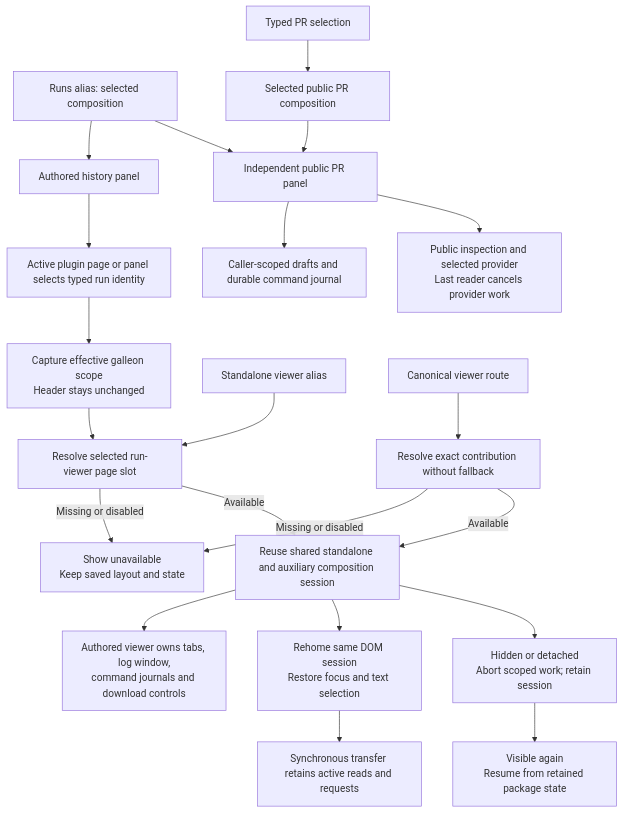
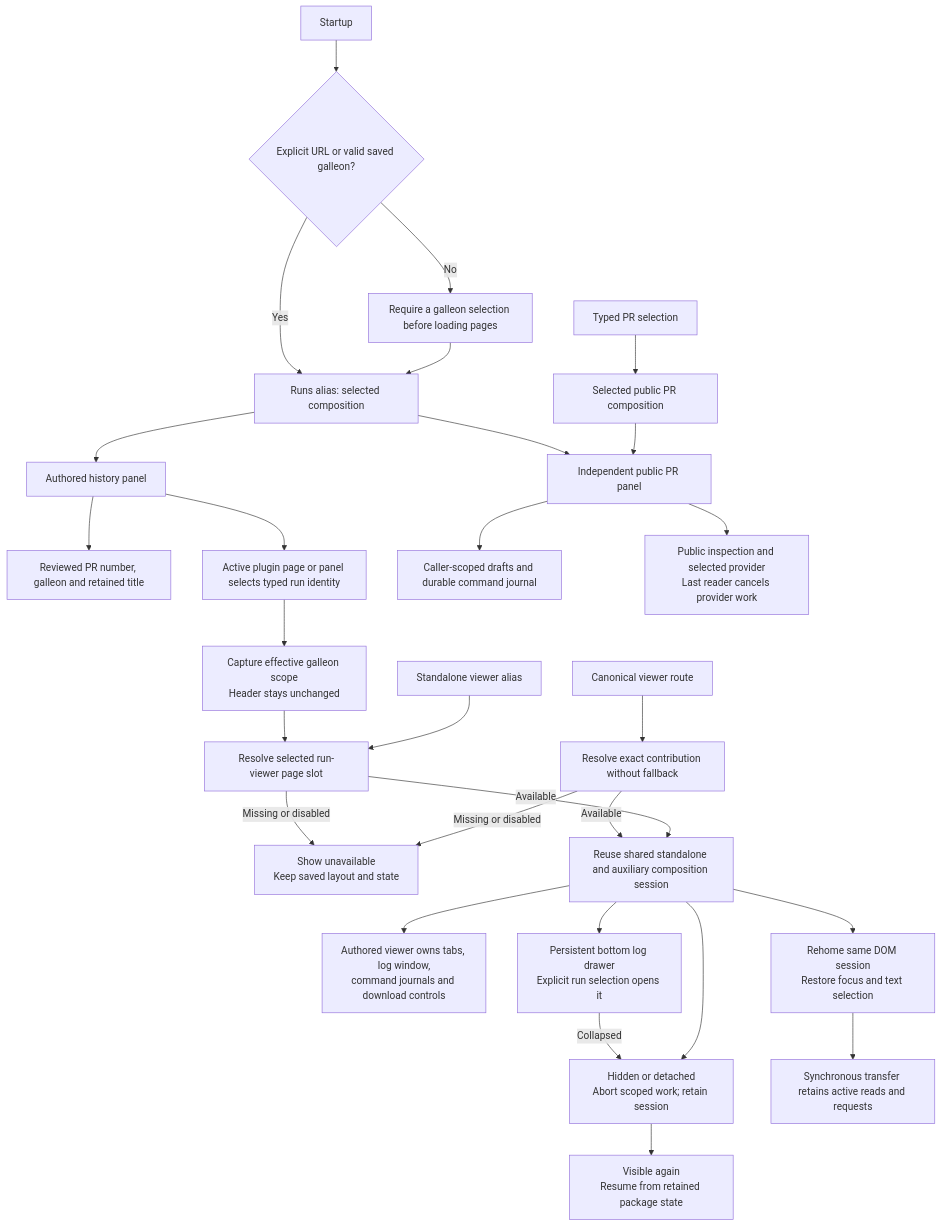
The ninth of 31 diagrams in docs/helmsman-process.md (nloehlein-godaddy/helmsman), drawn with Mermaid before and after one commit. The commit also changed 4 other files, not shown here.

Commit message:
docs: describe persistent logs review subjects and startup scope

````diff
--- a/docs/helmsman-process.md
+++ b/docs/helmsman-process.md
@@ -218,23 +218,30 @@
 ```mermaid
 flowchart TD
     Runs[Runs alias: selected composition] --> History[Authored history panel]
+    Startup[Startup] --> Choice{Explicit URL or valid saved galleon?}
+    Choice -->|Yes| Runs
+    Choice -->|No| Pick[Require a galleon selection before loading pages]
+    Pick --> Runs
+    History --> Subject[Reviewed PR number, galleon and retained title]
     Runs --> CanonicalPR
     History --> Selection
     Selection[Active plugin page or panel selects typed run identity] --> Scope[Capture effective galleon scope<br/>Header stays unchanged]
     Scope --> Slot[Resolve selected run-viewer page slot]
     Slot -->|Missing or disabled| Unavailable[Show unavailable<br/>Keep saved layout and state]
     Alias[Standalone viewer alias] --> Slot
     Canonical[Canonical viewer route] --> Exact[Resolve exact contribution without fallback]
     Exact -->|Missing or disabled| Unavailable
     Exact -->|Available| Auxiliary
     Slot -->|Available| Auxiliary[Reuse shared standalone and auxiliary composition session]
     Auxiliary --> Viewer[Authored viewer owns tabs, log window,<br/>command journals and download controls]
+    Auxiliary --> Drawer[Persistent bottom log drawer<br/>Explicit run selection opens it]
+    Drawer -->|Collapsed| Hidden
     Auxiliary --> Move[Rehome same DOM session<br/>Restore focus and text selection]
     Move --> Transfer[Synchronous transfer retains active reads and requests]
     Auxiliary --> Hidden[Hidden or detached<br/>Abort scoped work; retain session]
     Hidden --> Visible[Visible again<br/>Resume from retained package state]
     PR[Typed PR selection] --> PRPage[Selected public PR composition]
     PRPage --> CanonicalPR[Independent public PR panel]
     CanonicalPR --> PRState[Caller-scoped drafts and durable command journal]
     CanonicalPR --> Interests[Public inspection and selected provider<br/>Last reader cancels provider work]
 ```
````
